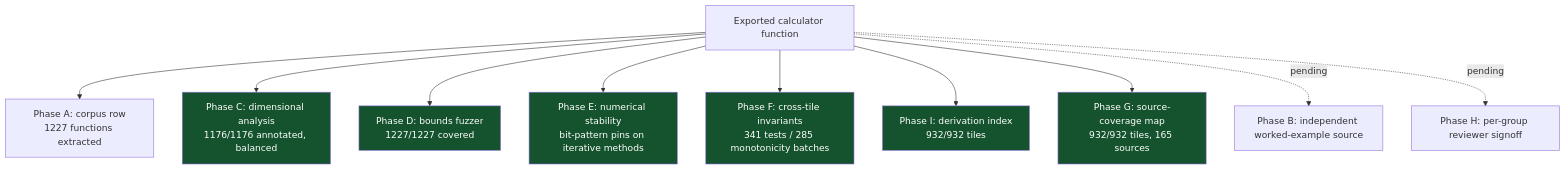
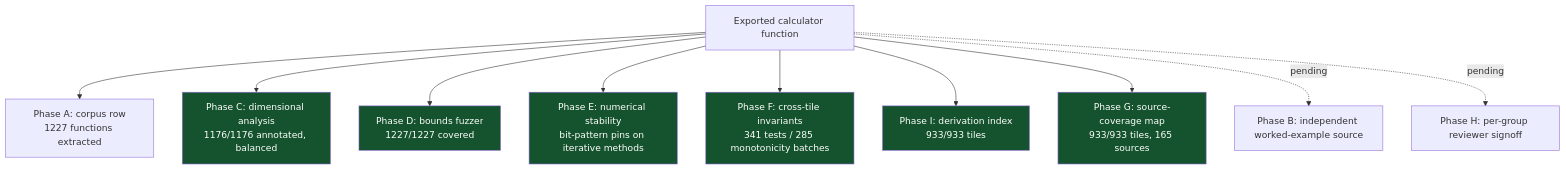
Before and after one commit to clay-good/roughlogic.com: the sixth of 8 diagrams in README.md, drawn with Mermaid. The commit also changed other lines of this file and 17 other files, not shown here.

````diff
--- a/README.md
+++ b/README.md
@@ -519,18 +519,18 @@
 ```mermaid
 flowchart TB
     F[Exported calculator function] --> A[Phase A: corpus row\n1227 functions extracted]
     F --> C[Phase C: dimensional analysis\n1176/1176 annotated, balanced]
     F --> D[Phase D: bounds fuzzer\n1227/1227 covered]
     F --> E[Phase E: numerical stability\nbit-pattern pins on iterative methods]
     F --> Fa[Phase F: cross-tile invariants\n341 tests / 285 monotonicity batches]
-    F --> I[Phase I: derivation index\n932/932 tiles]
-    F --> G[Phase G: source-coverage map\n932/932 tiles, 165 sources]
+    F --> I[Phase I: derivation index\n933/933 tiles]
+    F --> G[Phase G: source-coverage map\n933/933 tiles, 165 sources]
     F -.pending.-> B[Phase B: independent worked-example source]
     F -.pending.-> H[Phase H: per-group reviewer signoff]
     style C fill:#14532d,color:#fff
     style D fill:#14532d,color:#fff
     style E fill:#14532d,color:#fff
     style Fa fill:#14532d,color:#fff
     style G fill:#14532d,color:#fff
     style I fill:#14532d,color:#fff
 ```
````
